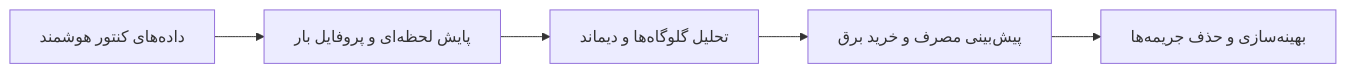
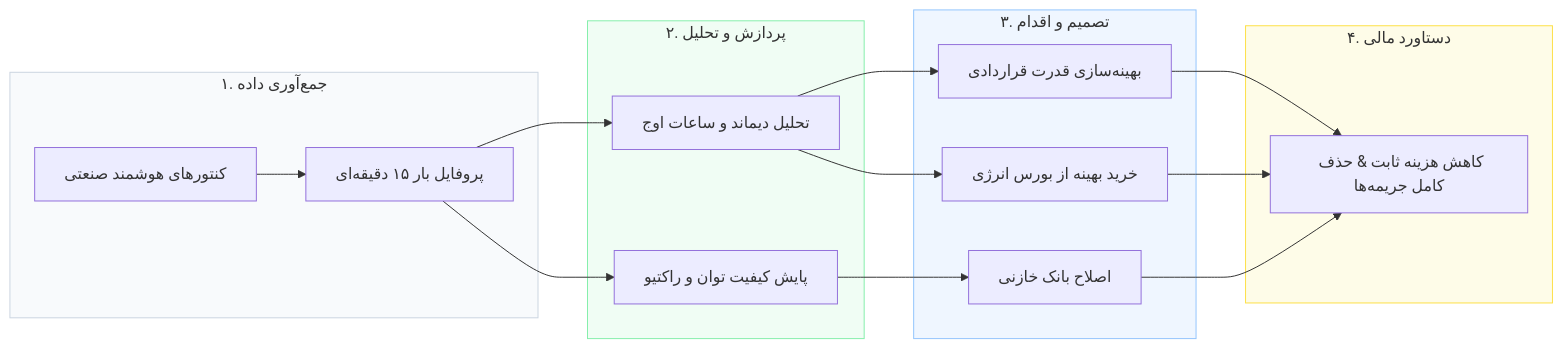
Before and after one commit to SinaNazeran/behsa-digital: the diagram in README.md, drawn with Mermaid. The commit also changed other lines of this file, not shown here.

````diff
--- a/README.md
+++ b/README.md
@@ -41,7 +66,25 @@
 ```mermaid
 flowchart LR
-    A["داده‌های کنتور هوشمند"] --> B["پایش لحظه‌ای و پروفایل بار"]
-    B --> C["تحلیل گلوگاه‌ها و دیماند"]
-    C --> D["پیش‌بینی مصرف و خرید برق"]
-    D --> E["بهینه‌سازی و حذف جریمه‌ها"]
+    subgraph DataCollection["۱. جمع‌آوری داده"]
+        M["کنتورهای هوشمند صنعتی"] --> P["پروفایل بار ۱۵ دقیقه‌ای"]
+    end
+    subgraph Processing["۲. پردازش و تحلیل"]
+        P --> A["تحلیل دیماند و ساعات اوج"]
+        P --> Q["پایش کیفیت توان و راکتیو"]
+    end
+    subgraph Decision["۳. تصمیم و اقدام"]
+        A --> O["بهینه‌سازی قدرت قراردادی"]
+        Q --> C["اصلاح بانک خازنی"]
+        A --> T["خرید بهینه از بورس انرژی"]
+    end
+    subgraph Result["۴. دستاورد مالی"]
+        O --> R["کاهش هزینه ثابت & حذف کامل جریمه‌ها"]
+        C --> R
+        T --> R
+    end
+
+    style DataCollection fill:#f8fafc,stroke:#cbd5e1,stroke-width:1px
+    style Processing fill:#f0fdf4,stroke:#86efac,stroke-width:1px
+    style Decision fill:#eff6ff,stroke:#93c5fd,stroke-width:1px
+    style Result fill:#fefce8,stroke:#fde047,stroke-width:1px
 ```
````
